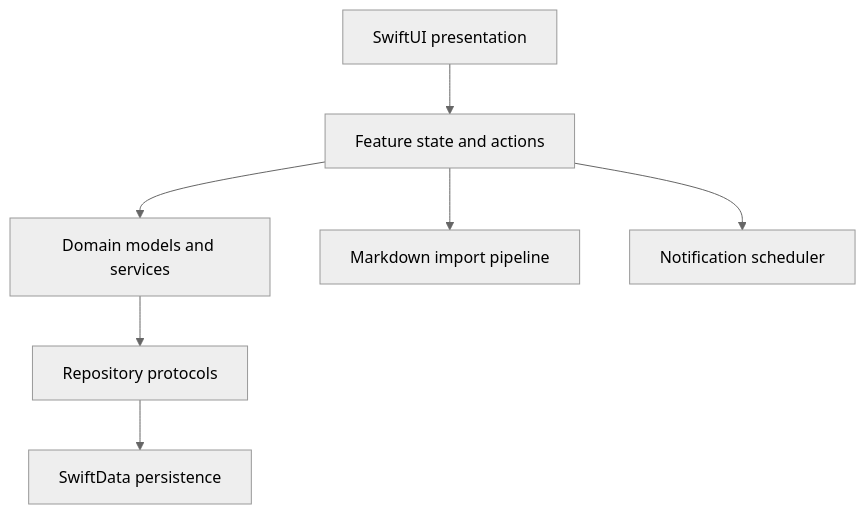
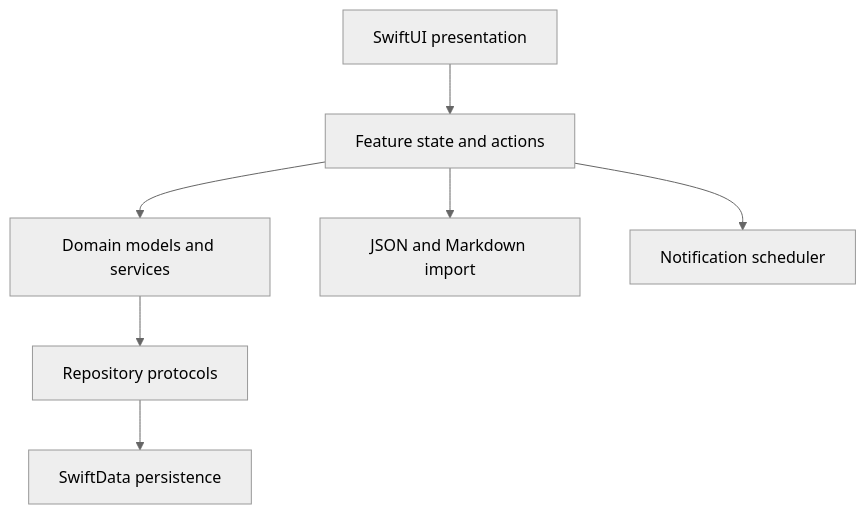
Before and after one commit to liuw123/light-trip: the fourth of 4 diagrams in docs/design.md, drawn with Mermaid (neutral theme). The commit also changed other lines of this file, not shown here.

Commit message:
docs: define JSON contract and LLM parsing roadmap

````diff
--- a/docs/design.md
+++ b/docs/design.md
@@ -990,9 +1086,9 @@
 ```mermaid
 flowchart TD
     UI[SwiftUI presentation] --> Features[Feature state and actions]
     Features --> Domain[Domain models and services]
     Domain --> Repositories[Repository protocols]
     Repositories --> SwiftData[SwiftData persistence]
-    Features --> Importer[Markdown import pipeline]
+    Features --> Importer[JSON and Markdown import]
     Features --> Notifications[Notification scheduler]
 ```
````
